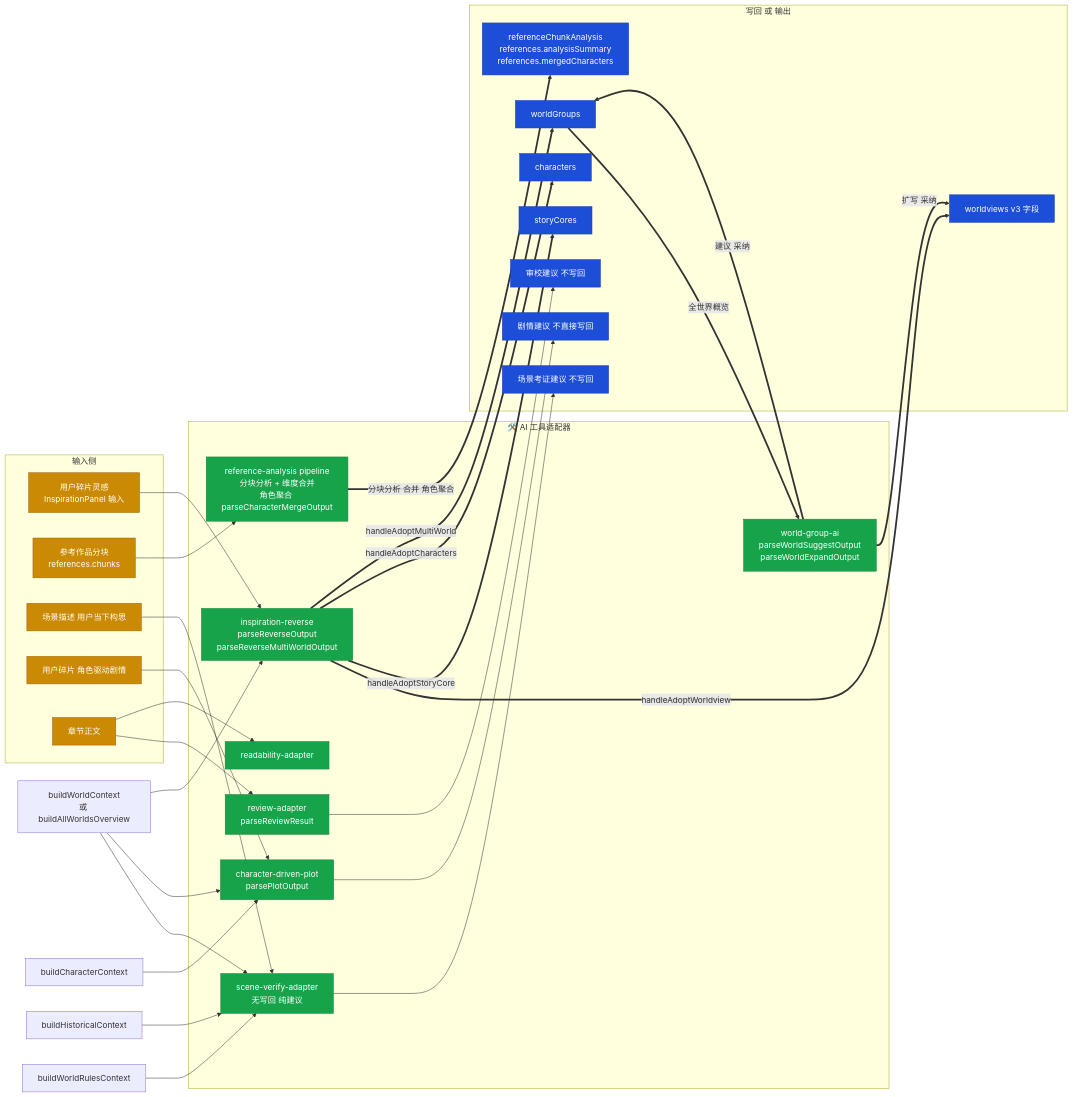
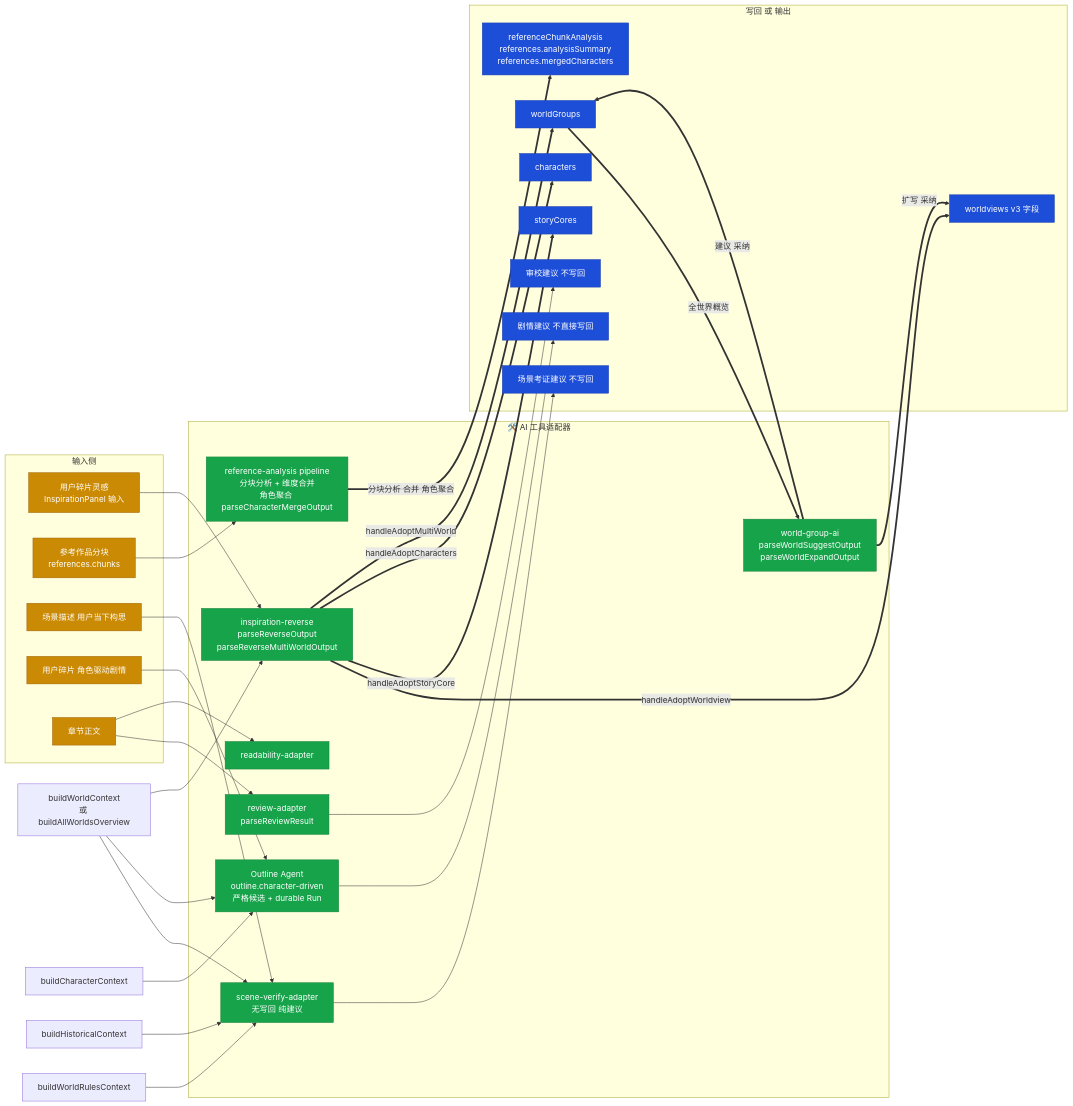
One commit to yuanbw2025/storyforge changed the fifth of 15 diagrams in docs/DATA-FLOW-DIAGRAM.md. Above: the diagram before and after it, drawn with Mermaid. The commit also changed 31 other files, not shown here.

Commit message:
feat(HARNESS-35): govern character-driven planning entry

````diff
--- a/docs/DATA-FLOW-DIAGRAM.md
+++ b/docs/DATA-FLOW-DIAGRAM.md
@@ -509,72 +509,72 @@
 ```mermaid
 flowchart LR
     subgraph INPUT["输入侧"]
         FRAG["用户碎片灵感<br/>InspirationPanel 输入"]
         REFC["参考作品分块<br/>references.chunks"]
         SCENE["场景描述 用户当下构思"]
         UA["用户碎片 角色驱动剧情"]
         CHAP_IN["章节正文"]
     end
 
     subgraph TOOLAI["🛠️ AI 工具适配器"]
         INV["inspiration-reverse<br/>parseReverseOutput<br/>parseReverseMultiWorldOutput"]
         WGS["world-group-ai<br/>parseWorldSuggestOutput<br/>parseWorldExpandOutput"]
         REFAN["reference-analysis pipeline<br/>分块分析 + 维度合并<br/>角色聚合 parseCharacterMergeOutput"]
         SCV["scene-verify-adapter<br/>无写回 纯建议"]
-        CDPA["character-driven-plot<br/>parsePlotOutput"]
+        CDPA["Outline Agent<br/>outline.character-driven<br/>严格候选 + durable Run"]
         REV["review-adapter<br/>parseReviewResult"]
         RDB["readability-adapter"]
     end
 
     subgraph OUT["写回 或 输出"]
         WV_OUT["worldviews v3 字段"]
         SC_OUT["storyCores"]
         CH_OUT["characters"]
         WG_OUT["worldGroups"]
         RA_OUT["referenceChunkAnalysis<br/>references.analysisSummary<br/>references.mergedCharacters"]
         ADVICE["场景考证建议 不写回"]
         PLOT_ADV["剧情建议 不直接写回"]
         REV_ADV["审校建议 不写回"]
     end
 
     BLDWV2["buildWorldContext<br/>或 buildAllWorldsOverview"]
     BLDCH2["buildCharacterContext"]
     HISTC["buildHistoricalContext"]
     WRC2["buildWorldRulesContext"]
     BLDWV2 --> SCV
     HISTC --> SCV
     WRC2 --> SCV
     BLDWV2 --> CDPA
     BLDCH2 --> CDPA
     BLDWV2 --> INV
 
     FRAG --> INV
     INV ==handleAdoptWorldview==> WV_OUT
     INV ==handleAdoptStoryCore==> SC_OUT
     INV ==handleAdoptCharacters==> CH_OUT
     INV ==handleAdoptMultiWorld==> WG_OUT
 
     WG_OUT ==全世界概览==> WGS
     WGS ==建议 采纳==> WG_OUT
     WGS ==扩写 采纳==> WV_OUT
 
     REFC --> REFAN
     REFAN ==分块分析 合并 角色聚合==> RA_OUT
 
     SCENE --> SCV
     SCV --> ADVICE
 
     UA --> CDPA
     CDPA --> PLOT_ADV
 
     CHAP_IN --> REV
     REV --> REV_ADV
     CHAP_IN --> RDB
 
     classDef in fill:#ca8a04,stroke:#a16207,color:#fff;
     classDef tool fill:#16a34a,stroke:#15803d,color:#fff;
     classDef out fill:#1d4ed8,stroke:#1e40af,color:#fff;
     class FRAG,REFC,SCENE,UA,CHAP_IN in
     class INV,WGS,REFAN,SCV,CDPA,REV,RDB tool
     class WV_OUT,SC_OUT,CH_OUT,WG_OUT,RA_OUT,ADVICE,PLOT_ADV,REV_ADV out
 ```
````
